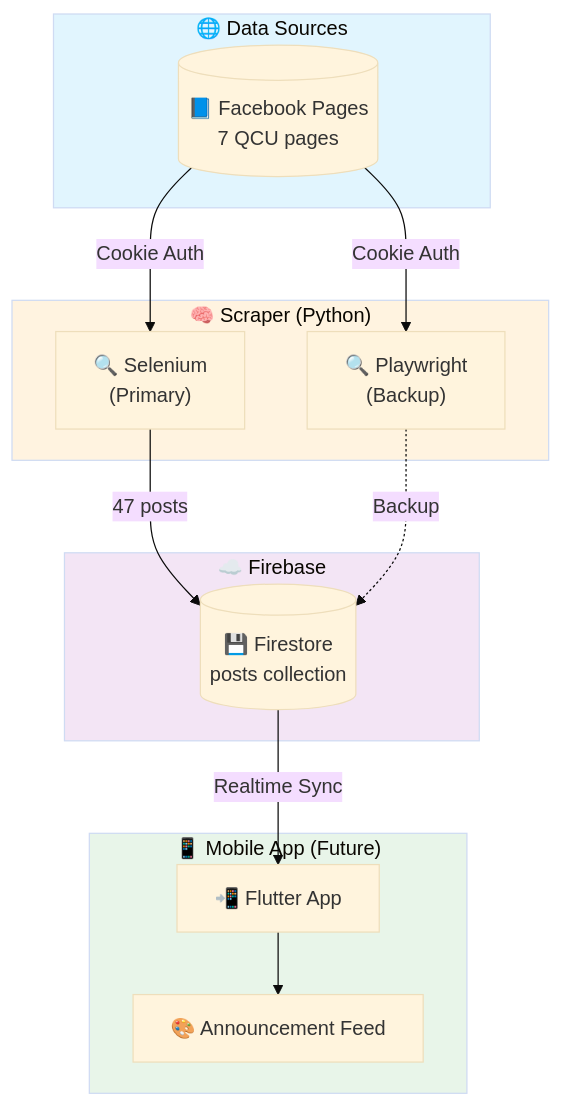
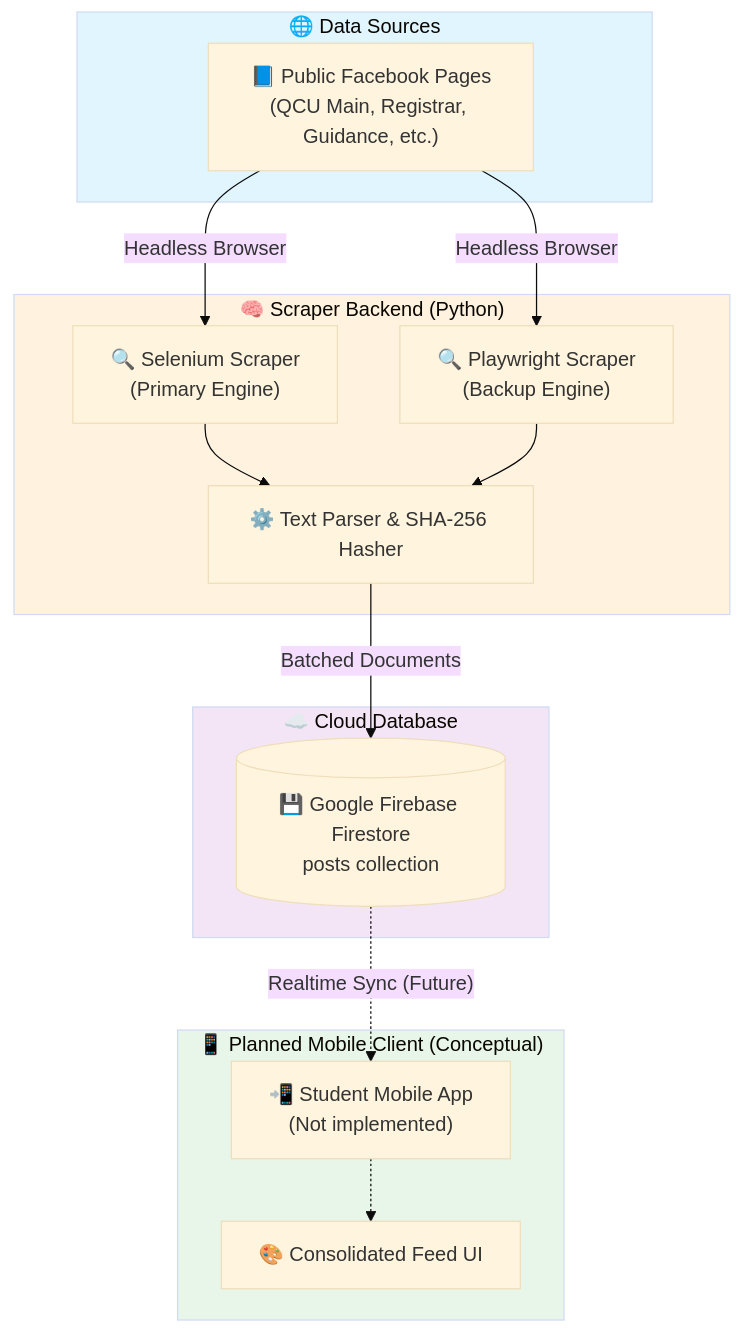
The first of 3 diagrams in QCU Unified Network.md (BrentFordVRemerata/Facebook-Scraper), drawn with Mermaid (base theme) before and after one commit. The commit also changed other lines of this file and 19 other files, not shown here.

````diff
--- a/QCU Unified Network.md
+++ b/QCU Unified Network.md
@@ -30,32 +30,34 @@
 ```mermaid
 graph TD
-    subgraph External["🌐 Data Sources"]
-        FB[("📘 Facebook Pages<br/>7 QCU pages")]
+    subgraph Sources["🌐 Data Sources"]
+        FB["📘 Public Facebook Pages<br/>(QCU Main, Registrar, Guidance, etc.)"]
     end
 
-    subgraph Scraper["🧠 Scraper (Python)"]
-        Selenium["🔍 Selenium<br/>(Primary)"]
-        Playwright["🔍 Playwright<br/>(Backup)"]
+    subgraph Backend["🧠 Scraper Backend (Python)"]
+        Selenium["🔍 Selenium Scraper<br/>(Primary Engine)"]
+        Playwright["🔍 Playwright Scraper<br/>(Backup Engine)"]
+        Parser["⚙️ Text Parser & SHA-256 Hasher"]
     end
 
-    subgraph Cloud["☁️ Firebase"]
-        Firestore[("💾 Firestore<br/>posts collection")]
+    subgraph Database["☁️ Cloud Database"]
+        Firestore[("💾 Google Firebase Firestore<br/>posts collection")]
     end
 
-    subgraph App["📱 Mobile App (Future)"]
-        Flutter["📲 Flutter App"]
-        Feed["🎨 Announcement Feed"]
+    subgraph Client["📱 Planned Mobile Client (Conceptual)"]
+        Flutter["📲 Student Mobile App<br/>(Not implemented)"]
+        Feed["🎨 Consolidated Feed UI"]
     end
 
-    FB -->|"Cookie Auth"| Selenium
-    FB -->|"Cookie Auth"| Playwright
-    Selenium -->|"47 posts"| Firestore
-    Playwright -.->|"Backup"| Firestore
-    Firestore -->|"Realtime Sync"| Flutter
-    Flutter --> Feed
+    FB -->|"Headless Browser"| Selenium
+    FB -->|"Headless Browser"| Playwright
+    Selenium --> Parser
+    Playwright --> Parser
+    Parser -->|"Batched Documents"| Firestore
+    Firestore -.->|"Realtime Sync (Future)"| Flutter
+    Flutter -.-> Feed
 
-    style External fill:#e1f5fe
-    style Scraper fill:#fff3e0
-    style Cloud fill:#f3e5f5
-    style App fill:#e8f5e9
+    style Sources fill:#e1f5fe
+    style Backend fill:#fff3e0
+    style Database fill:#f3e5f5
+    style Client fill:#e8f5e9
 ```
````
